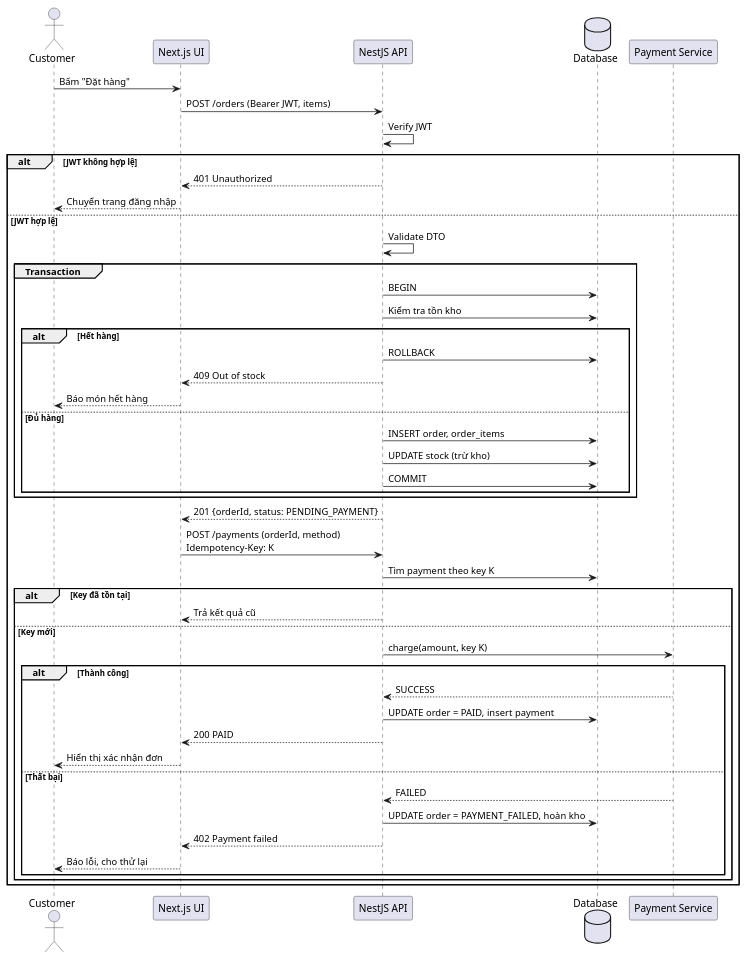
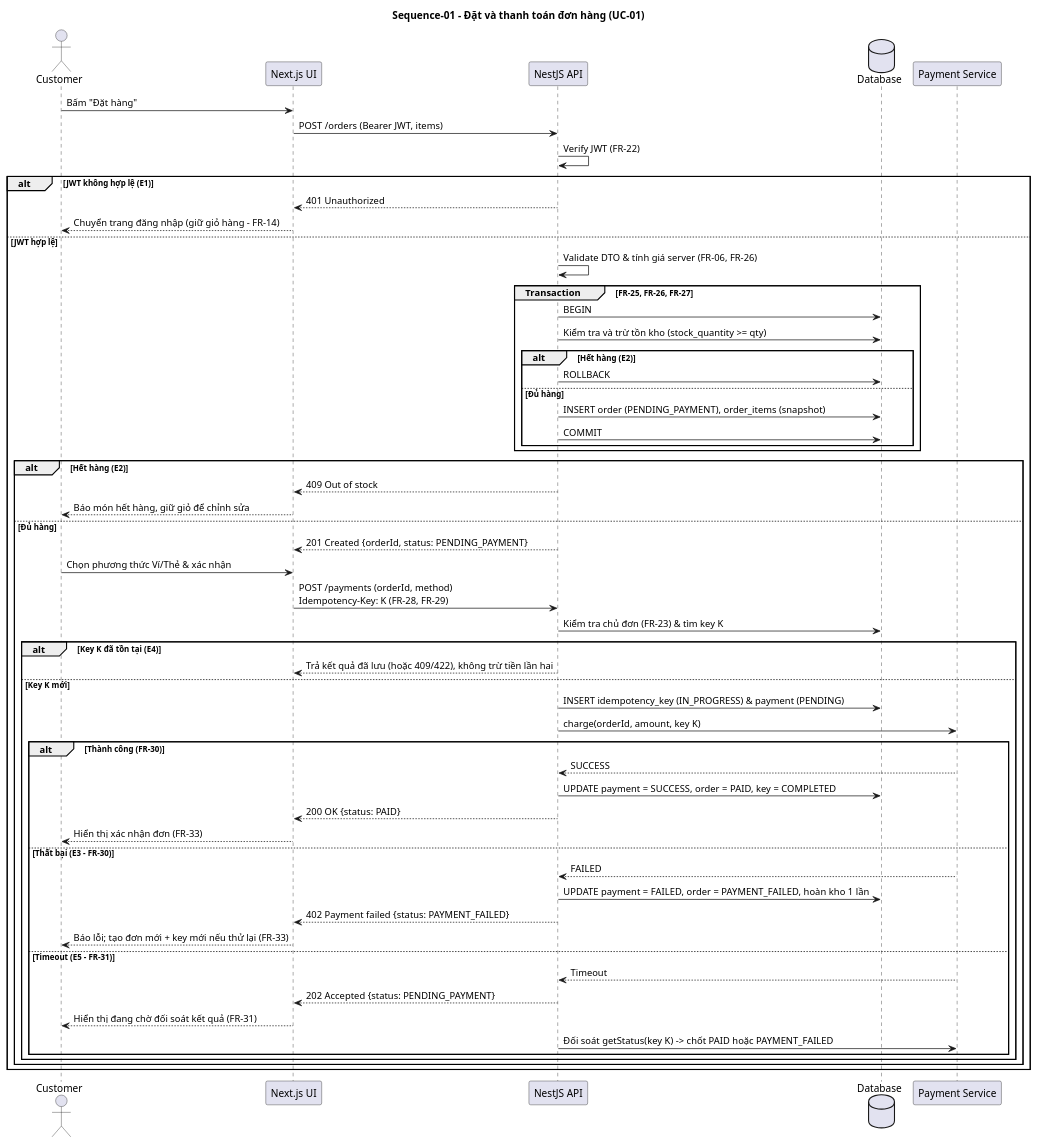
One commit to nhattranhuynhthien/BrewLite_Assignment_2 changed the diagram in docs/diagrams/sequence-checkout.puml. Above: the diagram before and after it, drawn with PlantUML. The commit also changed 22 other files, not shown here.

First line of the commit message:
docs(task1-3): synchronize SRS, UML diagrams, ADRs 001-006, and traceability matrix

```diff
--- a/docs/diagrams/sequence-checkout.puml
+++ b/docs/diagrams/sequence-checkout.puml
@@ -1,50 +1,60 @@
 @startuml sequence-checkout
+title Sequence-01 - Đặt và thanh toán đơn hàng (UC-01)
 actor Customer
 participant "Next.js UI" as UI
 participant "NestJS API" as API
 database "Database" as DB
 participant "Payment Service" as PAY
 
 Customer -> UI: Bấm "Đặt hàng"
 UI -> API: POST /orders (Bearer JWT, items)
-API -> API: Verify JWT
-alt JWT không hợp lệ
+API -> API: Verify JWT (FR-22)
+alt JWT không hợp lệ (E1)
   API --> UI: 401 Unauthorized
-  UI --> Customer: Chuyển trang đăng nhập
+  UI --> Customer: Chuyển trang đăng nhập (giữ giỏ hàng - FR-14)
 else JWT hợp lệ
-  API -> API: Validate DTO
-  group Transaction
+  API -> API: Validate DTO & tính giá server (FR-06, FR-26)
+  group Transaction [FR-25, FR-26, FR-27]
     API -> DB: BEGIN
-    API -> DB: Kiểm tra tồn kho
-    alt Hết hàng
+    API -> DB: Kiểm tra và trừ tồn kho (stock_quantity >= qty)
+    alt Hết hàng (E2)
       API -> DB: ROLLBACK
-      API --> UI: 409 Out of stock
-      UI --> Customer: Báo món hết hàng
     else Đủ hàng
-      API -> DB: INSERT order, order_items
-      API -> DB: UPDATE stock (trừ kho)
+      API -> DB: INSERT order (PENDING_PAYMENT), order_items (snapshot)
       API -> DB: COMMIT
     end
   end
-  API --> UI: 201 {orderId, status: PENDING_PAYMENT}
+  alt Hết hàng (E2)
+    API --> UI: 409 Out of stock
+    UI --> Customer: Báo món hết hàng, giữ giỏ để chỉnh sửa
+  else Đủ hàng
+    API --> UI: 201 Created {orderId, status: PENDING_PAYMENT}
 
-  UI -> API: POST /payments (orderId, method)\nIdempotency-Key: K
-  API -> DB: Tìm payment theo key K
-  alt Key đã tồn tại
-    API --> UI: Trả kết quả cũ
-  else Key mới
-    API -> PAY: charge(amount, key K)
-    alt Thành công
-      PAY --> API: SUCCESS
-      API -> DB: UPDATE order = PAID, insert payment
-      API --> UI: 200 PAID
-      UI --> Customer: Hiển thị xác nhận đơn
-    else Thất bại
-      PAY --> API: FAILED
-      API -> DB: UPDATE order = PAYMENT_FAILED, hoàn kho
-      API --> UI: 402 Payment failed
-      UI --> Customer: Báo lỗi, cho thử lại
-    end
+    Customer -> UI: Chọn phương thức Ví/Thẻ & xác nhận
+    UI -> API: POST /payments (orderId, method)\nIdempotency-Key: K (FR-28, FR-29)
+      API -> DB: Kiểm tra chủ đơn (FR-23) & tìm key K
+      alt Key K đã tồn tại (E4)
+        API --> UI: Trả kết quả đã lưu (hoặc 409/422), không trừ tiền lần hai
+      else Key K mới
+        API -> DB: INSERT idempotency_key (IN_PROGRESS) & payment (PENDING)
+        API -> PAY: charge(orderId, amount, key K)
+        alt Thành công (FR-30)
+          PAY --> API: SUCCESS
+          API -> DB: UPDATE payment = SUCCESS, order = PAID, key = COMPLETED
+          API --> UI: 200 OK {status: PAID}
+          UI --> Customer: Hiển thị xác nhận đơn (FR-33)
+        else Thất bại (E3 - FR-30)
+          PAY --> API: FAILED
+          API -> DB: UPDATE payment = FAILED, order = PAYMENT_FAILED, hoàn kho 1 lần
+          API --> UI: 402 Payment failed {status: PAYMENT_FAILED}
+          UI --> Customer: Báo lỗi; tạo đơn mới + key mới nếu thử lại (FR-33)
+        else Timeout (E5 - FR-31)
+          PAY --> API: Timeout
+          API --> UI: 202 Accepted {status: PENDING_PAYMENT}
+          UI --> Customer: Hiển thị đang chờ đối soát kết quả (FR-31)
+          API -> PAY: Đối soát getStatus(key K) -> chốt PAID hoặc PAYMENT_FAILED
+        end
+      end
   end
 end
 @enduml
```
